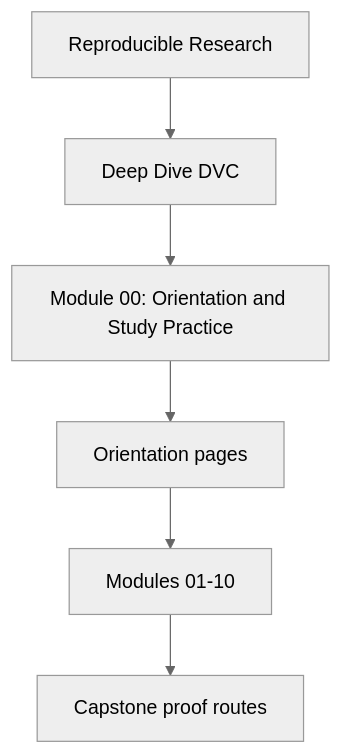
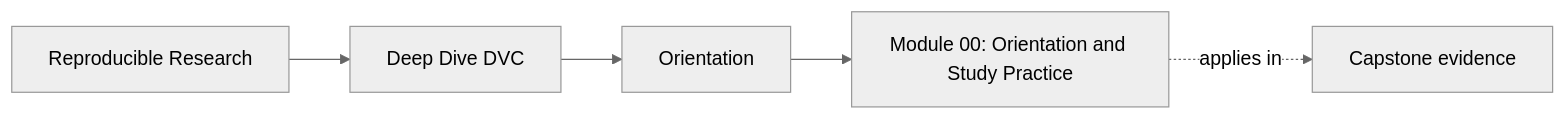
One commit to bijux/bijux-masterclass changed the first of 2 diagrams in programs/reproducible-research/deep-dive-dvc/course-book/module-00-orientation/index.md. Above: the diagram before and after it, drawn with Mermaid (neutral theme). The commit also changed other lines of this file and 55 other files, not shown here.

Commit message:
docs(deep-dive-dvc): map reproducibility and pipeline foundations

````diff
--- a/programs/reproducible-research/deep-dive-dvc/course-book/module-00-orientation/index.md
+++ b/programs/reproducible-research/deep-dive-dvc/course-book/module-00-orientation/index.md
@@ -6,8 +6,11 @@
 ```mermaid
-flowchart TD
-  family["Reproducible Research"] --> program["Deep Dive DVC"]
-  program --> module["Module 00: Orientation and Study Practice"]
-  module --> orientation["Orientation pages"]
-  orientation --> lessons["Modules 01-10"]
-  lessons --> capstone["Capstone proof routes"]
+graph LR
+  family["Reproducible Research"]
+  program["Deep Dive DVC"]
+  section["Orientation"]
+  page["Module 00: Orientation and Study Practice"]
+  capstone["Capstone evidence"]
+
+  family --> program --> section --> page
+  page -.applies in.-> capstone
 ```
````
